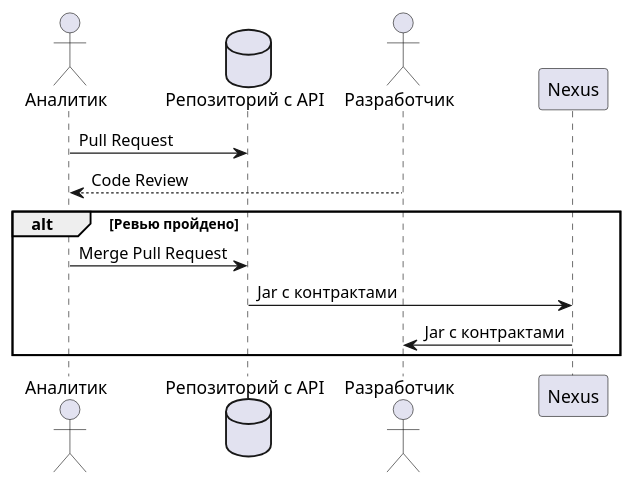
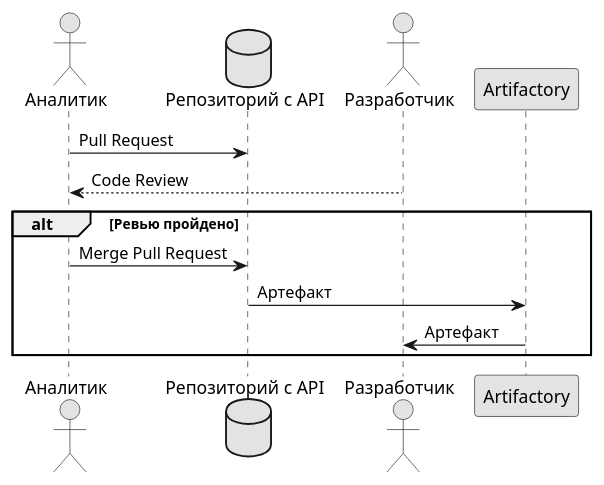
The diagram in doc/api-first-approach.puml (l3r8yJ/api-first-presentation), drawn with PlantUML before and after one commit.

Commit message:
chore: monochrome

```diff
--- a/doc/api-first-approach.puml
+++ b/doc/api-first-approach.puml
@@ -1,20 +1,15 @@
 @startuml
-'skinparam monochrome true
-skinparam fontClassColor white
-skinparam component {
-  FontColor white
-}
-
+skinparam monochrome true
 actor Аналитик as analyst
 database "Репозиторий с API" as repo
 actor Разработчик as dev
-participant Nexus as nexus
+participant Artifactory as nexus
 
 analyst -> repo: Pull Request
 dev --> analyst: Code Review
 alt Ревью пройдено
 analyst -> repo: Merge Pull Request
-repo -> nexus: Jar с контрактами
-nexus -> dev: Jar с контрактами
+repo -> nexus: Артефакт
+nexus -> dev: Артефакт
 end
 @enduml
```
